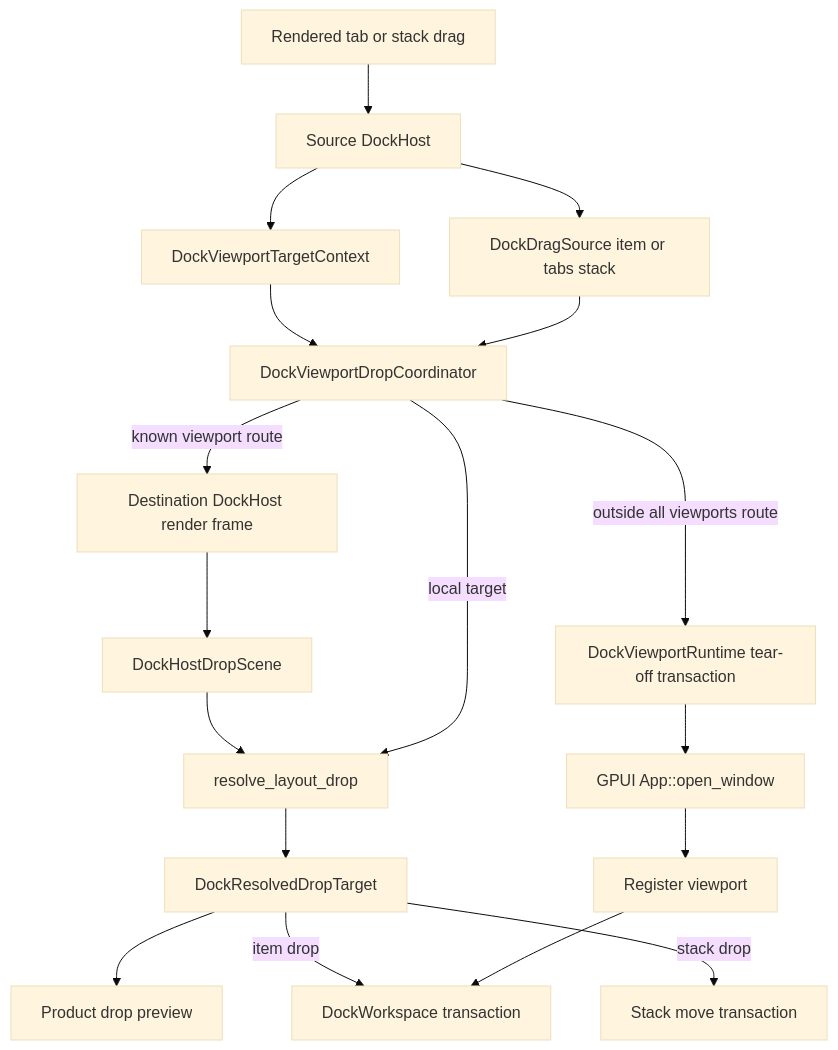
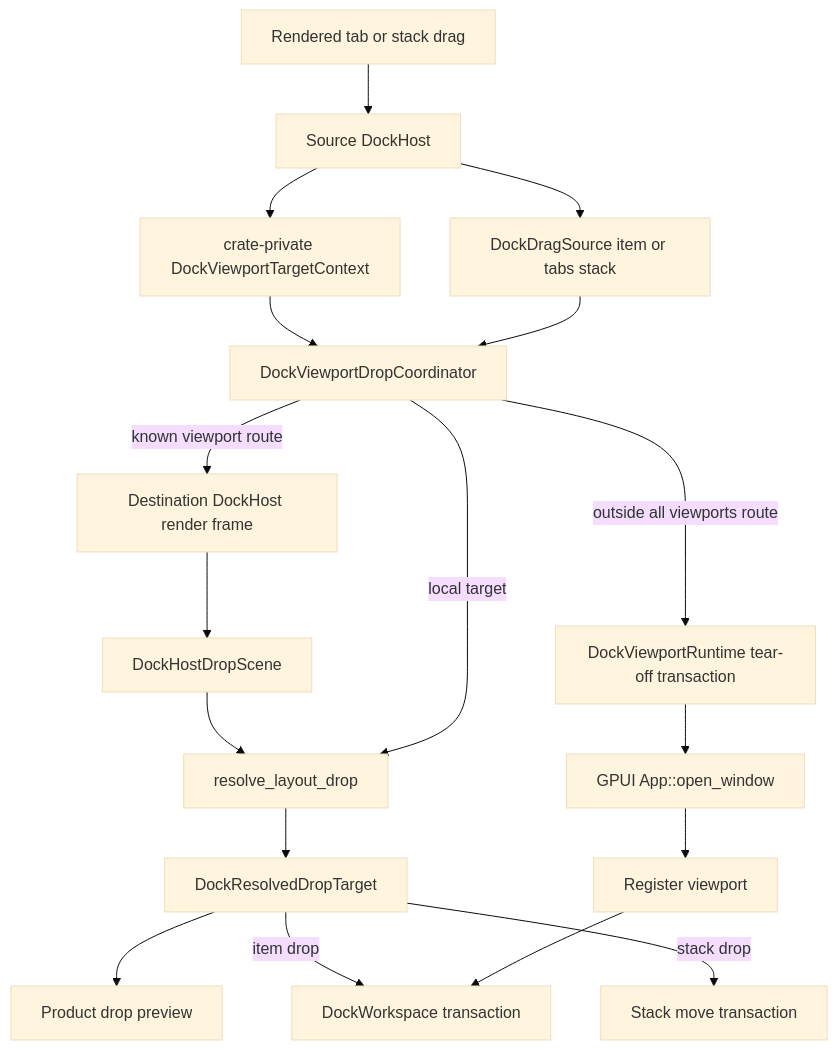
One commit to Latias94/open-gpui changed the first of 2 diagrams in docs/plans/2026-06-09-016-feat-imgui-like-multiviewport-docking-plan.md. Above: the diagram before and after it, drawn with Mermaid (base theme). The commit also changed other lines of this file and 3 other files, not shown here.

Commit message:
refactor(docking): keep viewport target context internal

````diff
--- a/docs/plans/2026-06-09-016-feat-imgui-like-multiviewport-docking-plan.md
+++ b/docs/plans/2026-06-09-016-feat-imgui-like-multiviewport-docking-plan.md
@@ -184,23 +184,23 @@
 ```mermaid
 flowchart TB
   DragSource[Rendered tab or stack drag] --> SourceHost[Source DockHost]
   SourceHost --> Payload[DockDragSource item or tabs stack]
-  SourceHost --> Context[DockViewportTargetContext]
+  SourceHost --> Context[crate-private DockViewportTargetContext]
 
   TargetHost[Destination DockHost render frame] --> Scene[DockHostDropScene]
   Scene --> Resolver[resolve_layout_drop]
   Resolver --> Target[DockResolvedDropTarget]
   Target --> Preview[Product drop preview]
 
   Context --> Coordinator[DockViewportDropCoordinator]
   Payload --> Coordinator
   Coordinator -->|local target| Resolver
   Coordinator -->|known viewport route| TargetHost
   Coordinator -->|outside all viewports route| TearOff[DockViewportRuntime tear-off transaction]
 
   Target -->|item drop| Workspace[DockWorkspace transaction]
   Target -->|stack drop| StackTx[Stack move transaction]
   TearOff --> OpenWindow[GPUI App::open_window]
   OpenWindow --> Register[Register viewport]
   Register --> Workspace
 ```
````
